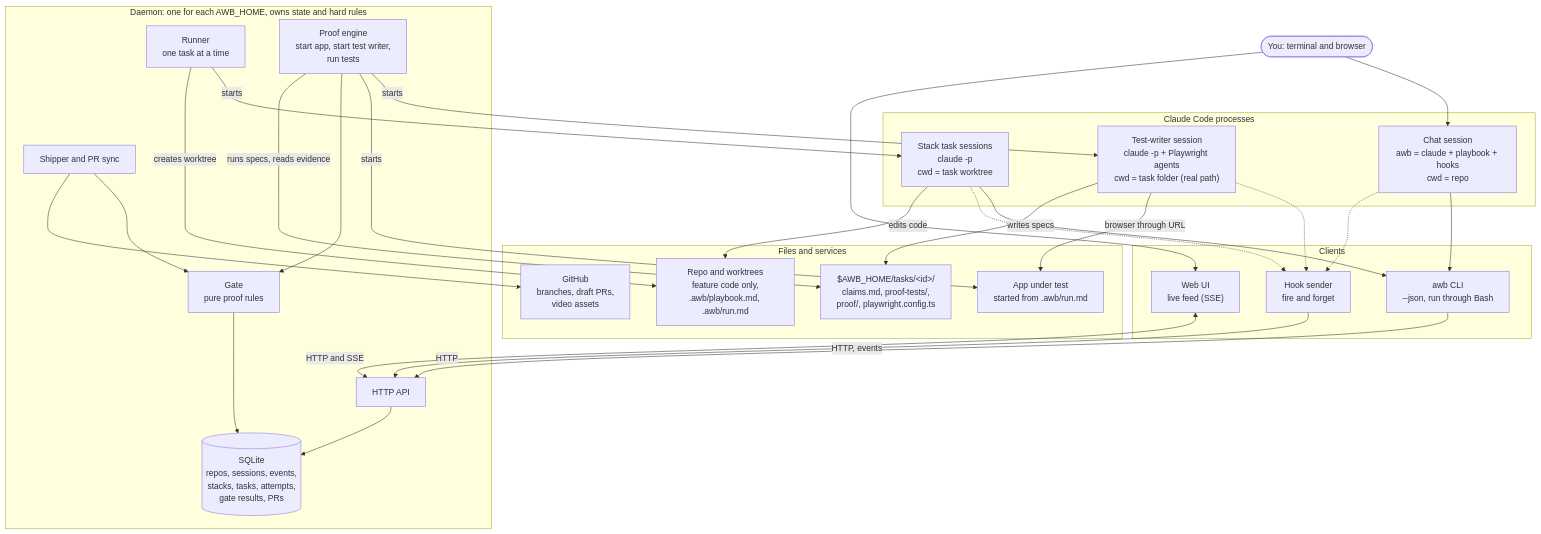
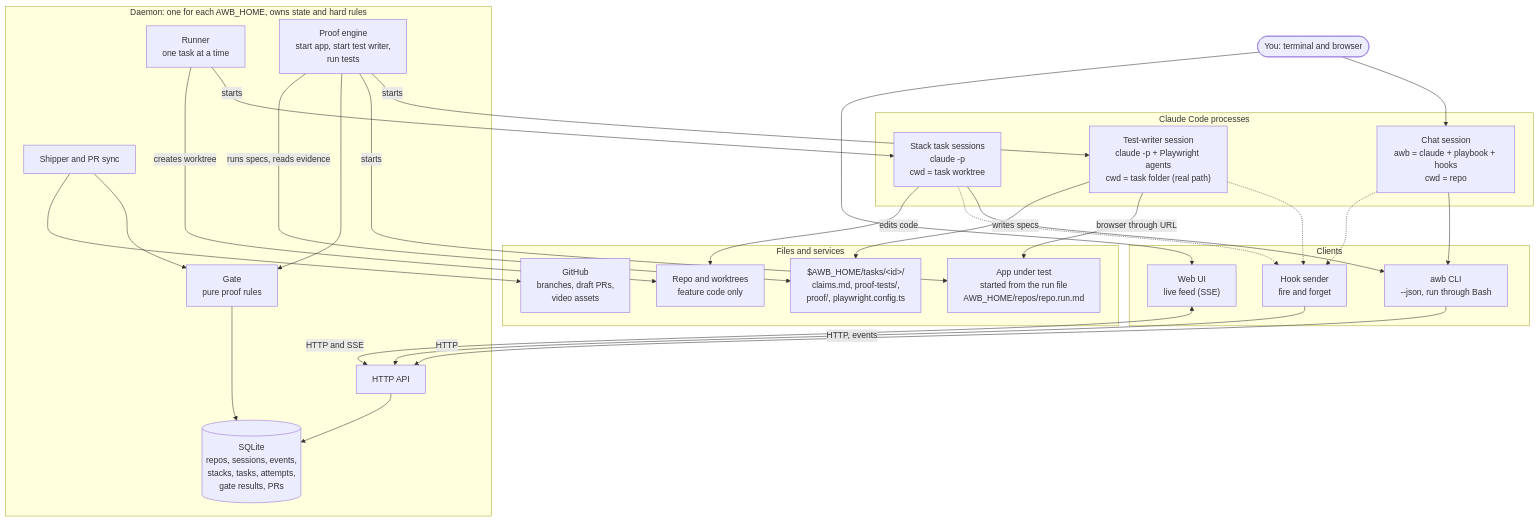
One commit to Borghese-Gladiator/agent-workbench changed the first of 3 diagrams in docs/architecture.md. Above: the diagram before and after it, drawn with Mermaid. The commit also changed other lines of this file and 15 other files, not shown here.

First line of the commit message:
feat(run-md): keep the run file outside the repo

````diff
--- a/docs/architecture.md
+++ b/docs/architecture.md
@@ -7,59 +7,59 @@
 ```mermaid
 flowchart TB
   user([You: terminal and browser])
 
   subgraph sessions["Claude Code processes"]
     chat["Chat session<br/>awb = claude + playbook + hooks<br/>cwd = repo"]
     task["Stack task sessions<br/>claude -p<br/>cwd = task worktree"]
     writer["Test-writer session<br/>claude -p + Playwright agents<br/>cwd = task folder (real path)"]
   end
 
   subgraph clients["Clients"]
     cli["awb CLI<br/>--json, run through Bash"]
     hooks["Hook sender<br/>fire and forget"]
     ui["Web UI<br/>live feed (SSE)"]
   end
 
   subgraph daemon["Daemon: one for each AWB_HOME, owns state and hard rules"]
     api["HTTP API"]
     store[("SQLite<br/>repos, sessions, events,<br/>stacks, tasks, attempts,<br/>gate results, PRs")]
     runner["Runner<br/>one task at a time"]
     proof["Proof engine<br/>start app, start test writer,<br/>run tests"]
     gate["Gate<br/>pure proof rules"]
     shipper["Shipper and PR sync"]
   end
 
   subgraph outside["Files and services"]
     home["$AWB_HOME/tasks/&lt;id&gt;/<br/>claims.md, proof-tests/,<br/>proof/, playwright.config.ts"]
-    repo["Repo and worktrees<br/>feature code only,<br/>.awb/playbook.md, .awb/run.md"]
-    app["App under test<br/>started from .awb/run.md"]
+    repo["Repo and worktrees<br/>feature code only"]
+    app["App under test<br/>started from the run file<br/>AWB_HOME/repos/repo.run.md"]
     gh["GitHub<br/>branches, draft PRs,<br/>video assets"]
   end
 
   user --> chat
   user --> ui
   chat --> cli
   task --> cli
   chat -.-> hooks
   task -.-> hooks
   writer -.-> hooks
 
   cli -->|HTTP| api
   hooks -->|HTTP, events| api
   ui <-->|HTTP and SSE| api
 
   api --> store
   runner -->|starts| task
   proof -->|starts| writer
   proof -->|starts| app
   proof --> gate
   gate --> store
   shipper --> gate
   shipper --> gh
 
   writer -->|browser through URL| app
   writer -->|writes specs| home
   proof -->|runs specs, reads evidence| home
   task -->|edits code| repo
   runner -->|creates worktree| repo
 ```
````
